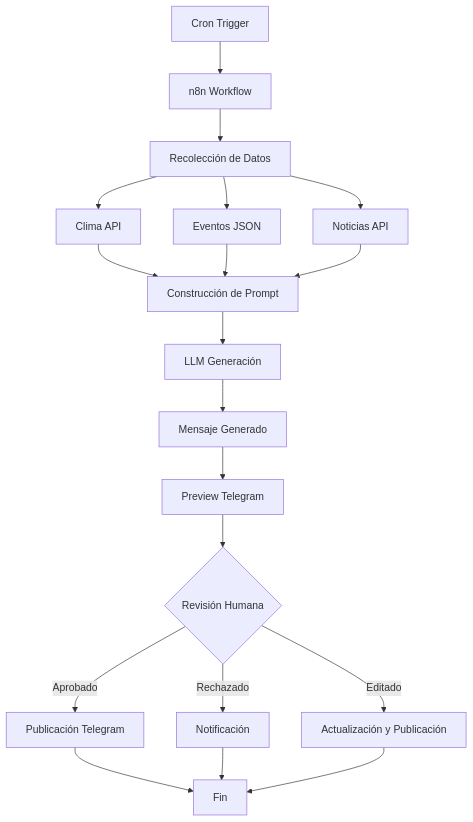
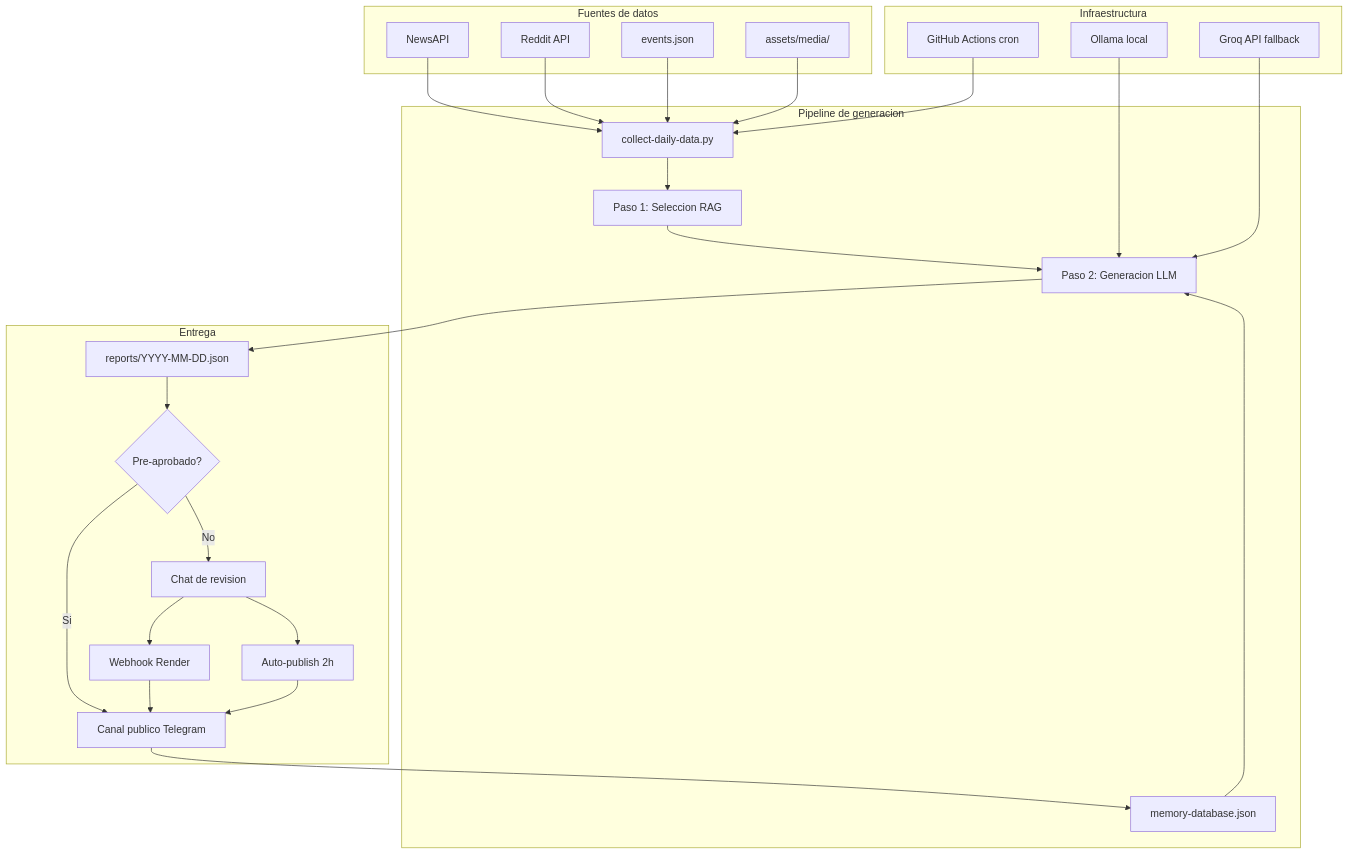
The diagram in docs/architecture.md (SMESCH1/InforMessi), drawn with Mermaid before and after one commit. The commit also changed other lines of this file and 20 other files, not shown here.

````diff
--- a/docs/architecture.md
+++ b/docs/architecture.md
@@ -9,21 +18,55 @@
 ```mermaid
 flowchart TD
-    A[Cron Trigger] --> B[n8n Workflow]
-    B --> C[Recolección de Datos]
-    C --> D[Clima API]
-    C --> E[Eventos JSON]
-    C --> F[Noticias API]
-    D --> G[Construcción de Prompt]
-    E --> G
-    F --> G
-    G --> H[LLM Generación]
-    H --> I[Mensaje Generado]
-    I --> J[Preview Telegram]
-    J --> K{Revisión Humana}
-    K -->|Aprobado| L[Publicación Telegram]
-    K -->|Rechazado| M[Notificación]
-    K -->|Editado| N[Actualización y Publicación]
-    L --> O[Fin]
-    M --> O
-    N --> O
+    subgraph sources [Fuentes de datos]
+        NewsAPI[NewsAPI]
+        Reddit[Reddit API]
+        Events[events.json]
+        Media[assets/media/]
+    end
+
+    subgraph pipeline [Pipeline de generacion]
+        Collect[collect-daily-data.py]
+        Select["Paso 1: Seleccion RAG"]
+        Generate["Paso 2: Generacion LLM"]
+        Memory[memory-database.json]
+    end
+
+    subgraph delivery [Entrega]
+        Report[reports/YYYY-MM-DD.json]
+        PreApproved{Pre-aprobado?}
+        Preview[Chat de revision]
+        Webhook[Webhook Render]
+        Channel[Canal publico Telegram]
+        Fallback[Auto-publish 2h]
+    end
+
+    subgraph infra [Infraestructura]
+        Actions[GitHub Actions cron]
+        Ollama[Ollama local]
+        Groq[Groq API fallback]
+    end
+
+    NewsAPI --> Collect
+    Reddit --> Collect
+    Events --> Collect
+    Media --> Collect
+
+    Collect --> Select
+    Select --> Generate
+    Memory --> Generate
+    Generate --> Report
+
+    Actions --> Collect
+    Ollama --> Generate
+    Groq --> Generate
+
+    Report --> PreApproved
+    PreApproved -- Si --> Channel
+    PreApproved -- No --> Preview
+    Preview --> Webhook
+    Webhook --> Channel
+    Preview --> Fallback
+    Fallback --> Channel
+
+    Channel --> Memory
 ```
````
